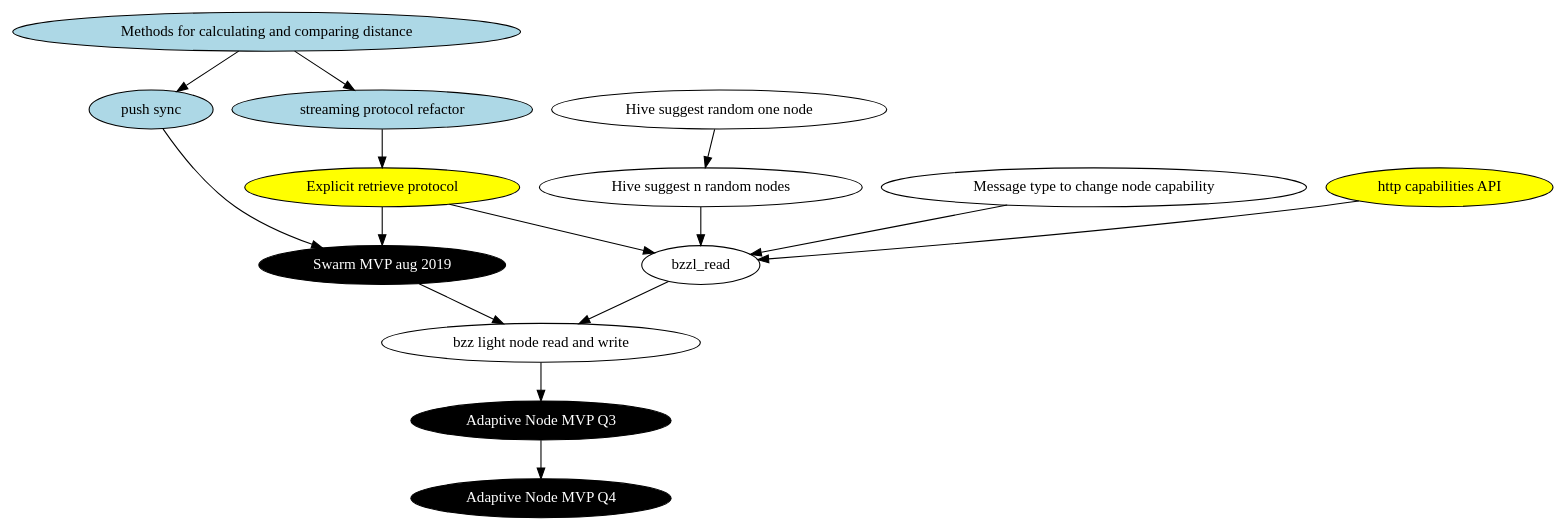
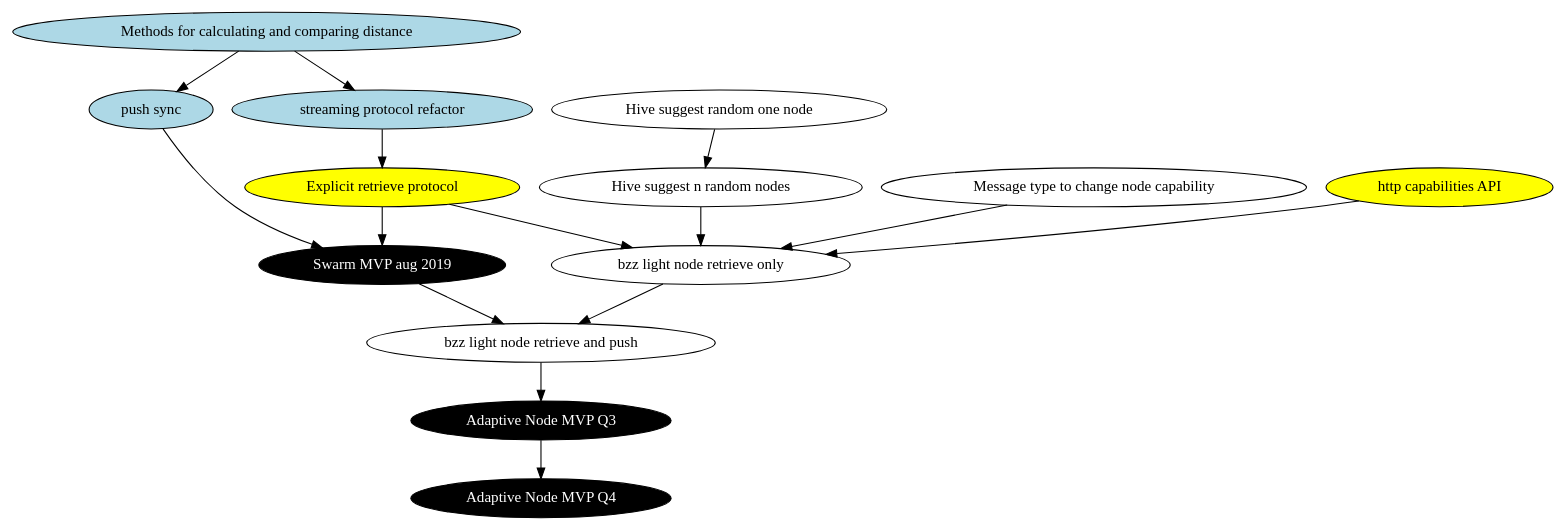
Before and after one commit to nolash/swarm-adaptive-node: the diagram in bzzdep.dot, drawn with Graphviz. The commit also changed 9 other files, not shown here.

```diff
--- a/bzzdep.dot
+++ b/bzzdep.dot
@@ -1,25 +1,26 @@
 digraph {
 	distance_core [label="Methods for calculating and comparing distance",style="filled",fillcolor="lightblue"]
 	streaming_proto [label="streaming protocol refactor",style="filled",fillcolor="lightblue"]
 	retrieve_proto [label="Explicit retrieve protocol",style="filled",fillcolor="yellow"]
 	pushsync [label="push sync",style="filled",fillcolor="lightblue"]
-	bzzl_readwrite [label="bzz light node read and write"]
+	bzzl_read [label="bzz light node retrieve only"]
+	bzzl_readwrite [label="bzz light node retrieve and push"]
 	hive_random_simple [label="Hive suggest random one node"]
 	hive_random_redundant [label="Hive suggest n random nodes"]
 	discovery_caps [label="Message type to change node capability"]
 	httpcaps [label="http capabilities API",style="filled",fillcolor="yellow"]
 
 	mvp_aug [label="Swarm MVP aug 2019",style="filled",fillcolor="black",fontcolor="white"]
 	mvp_q3 [label="Adaptive Node MVP Q3",style="filled",fillcolor="black",fontcolor="white"]
 	mvp_q4 [label="Adaptive Node MVP Q4",style="filled",fillcolor="black",fontcolor="white"]
 
 
 	distance_core -> streaming_proto -> retrieve_proto -> mvp_aug
 	distance_core -> pushsync -> mvp_aug
 	retrieve_proto -> bzzl_read
 	hive_random_simple -> hive_random_redundant -> bzzl_read -> bzzl_readwrite
 	discovery_caps -> bzzl_read
 	httpcaps -> bzzl_read
 
 	mvp_aug -> bzzl_readwrite -> mvp_q3 -> mvp_q4
 }
```
